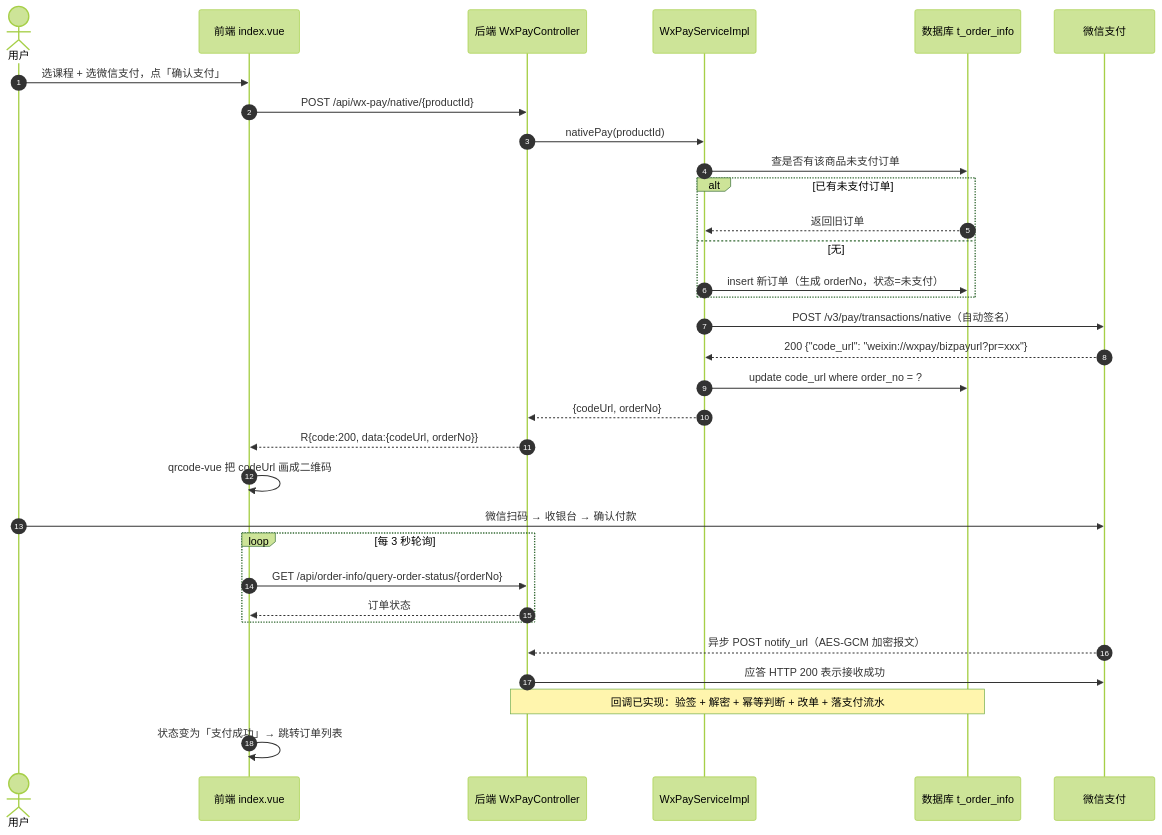
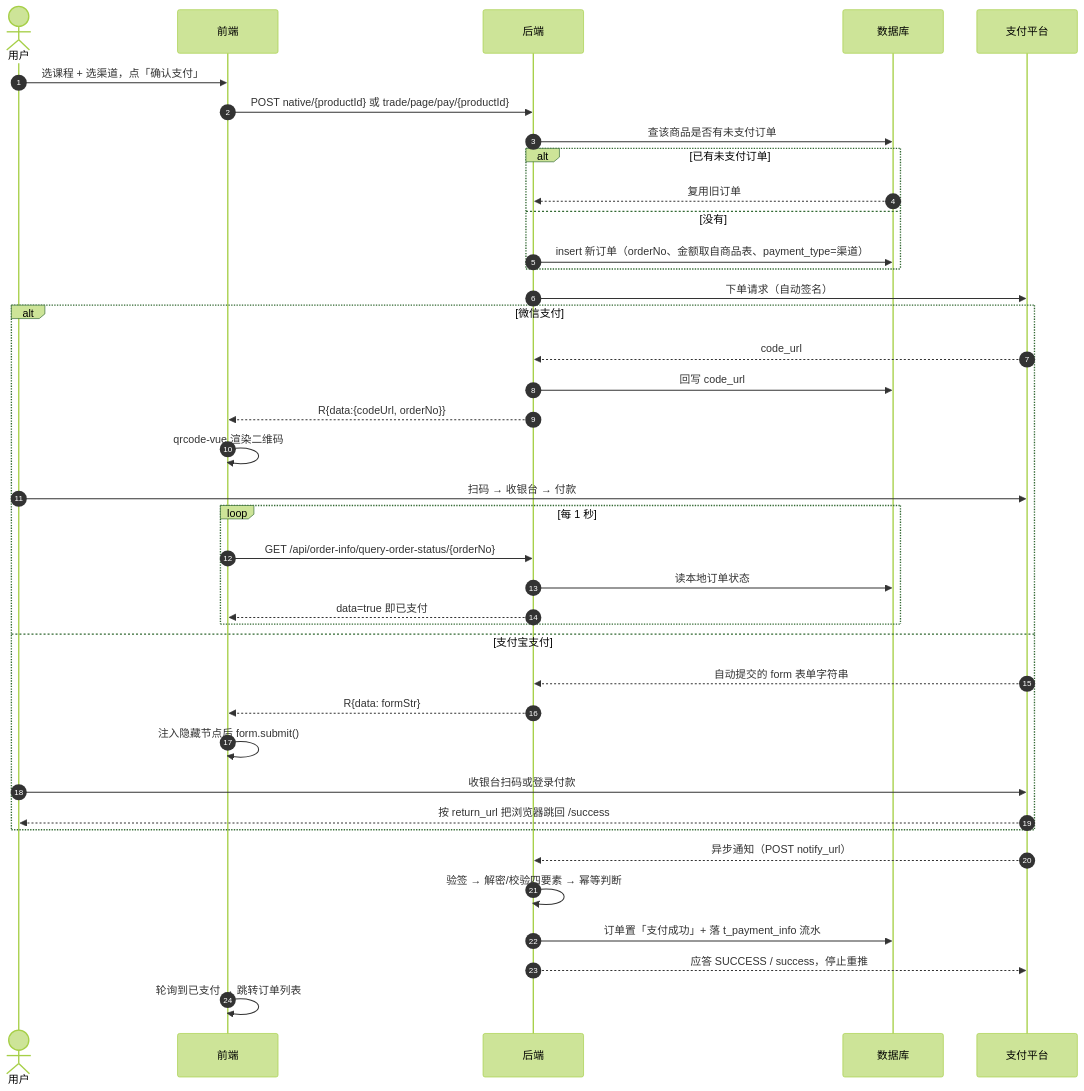
Before and after one commit to c0re-T/payment-wechat: the second of 3 diagrams in README.md, drawn with Mermaid (forest theme). The commit also changed other lines of this file, not shown here.

````diff
--- a/README.md
+++ b/README.md
@@ -302,38 +240,44 @@
 ```mermaid
 sequenceDiagram
     autonumber
     actor U as 用户
-    participant F as 前端 index.vue
-    participant B as 后端 WxPayController
-    participant S as WxPayServiceImpl
-    participant D as 数据库 t_order_info
-    participant W as 微信支付
+    participant F as 前端
+    participant B as 后端
+    participant D as 数据库
+    participant P as 支付平台
 
-    U->>F: 选课程 + 选微信支付，点「确认支付」
-    F->>B: POST /api/wx-pay/native/{productId}
-    B->>S: nativePay(productId)
-    S->>D: 查是否有该商品未支付订单
+    U->>F: 选课程 + 选渠道，点「确认支付」
+    F->>B: POST native/{productId} 或 trade/page/pay/{productId}
+    B->>D: 查该商品是否有未支付订单
     alt 已有未支付订单
-        D-->>S: 返回旧订单
-    else 无
-        S->>D: insert 新订单（生成 orderNo，状态=未支付）
+        D-->>B: 复用旧订单
+    else 没有
+        B->>D: insert 新订单（orderNo、金额取自商品表、payment_type=渠道）
     end
-    S->>W: POST /v3/pay/transactions/native（自动签名）
-    W-->>S: 200 {"code_url": "weixin://wxpay/bizpayurl?pr=xxx"}
-    S->>D: update code_url where order_no = ?
-    S-->>B: {codeUrl, orderNo}
-    B-->>F: R{code:200, data:{codeUrl, orderNo}}
-    F->>F: qrcode-vue 把 codeUrl 画成二维码
-    U->>W: 微信扫码 → 收银台 → 确认付款
+    B->>P: 下单请求（自动签名）
 
-    loop 每 3 秒轮询
-        F->>B: GET /api/order-info/query-order-status/{orderNo}
-        B-->>F: 订单状态
+    alt 微信支付
+        P-->>B: code_url
+        B->>D: 回写 code_url
+        B-->>F: R{data:{codeUrl, orderNo}}
+        F->>F: qrcode-vue 渲染二维码
+        U->>P: 扫码 → 收银台 → 付款
+        loop 每 1 秒
+            F->>B: GET /api/order-info/query-order-status/{orderNo}
+            B->>D: 读本地订单状态
+            B-->>F: data=true 即已支付
+        end
+    else 支付宝支付
+        P-->>B: 自动提交的 form 表单字符串
+        B-->>F: R{data: formStr}
+        F->>F: 注入隐藏节点后 form.submit()
+        U->>P: 收银台扫码或登录付款
+        P-->>U: 按 return_url 把浏览器跳回 /success
     end
 
-    W-->>B: 异步 POST notify_url（AES-GCM 加密报文）
-    B->>W: 应答 HTTP 200 表示接收成功
-    Note over B,D: 回调已实现：验签 + 解密 + 幂等判断 + 改单 + 落支付流水
-
-    F->>F: 状态变为「支付成功」→ 跳转订单列表
+    P-->>B: 异步通知（POST notify_url）
+    B->>B: 验签 → 解密/校验四要素 → 幂等判断
+    B->>D: 订单置「支付成功」+ 落 t_payment_info 流水
+    B-->>P: 应答 SUCCESS / success，停止重推
+    F->>F: 轮询到已支付 → 跳转订单列表
 ```
````
